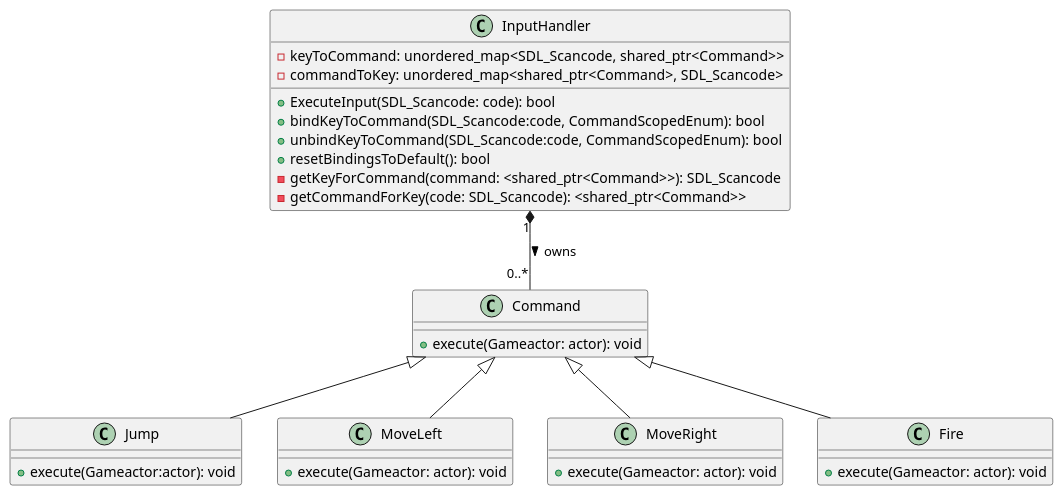
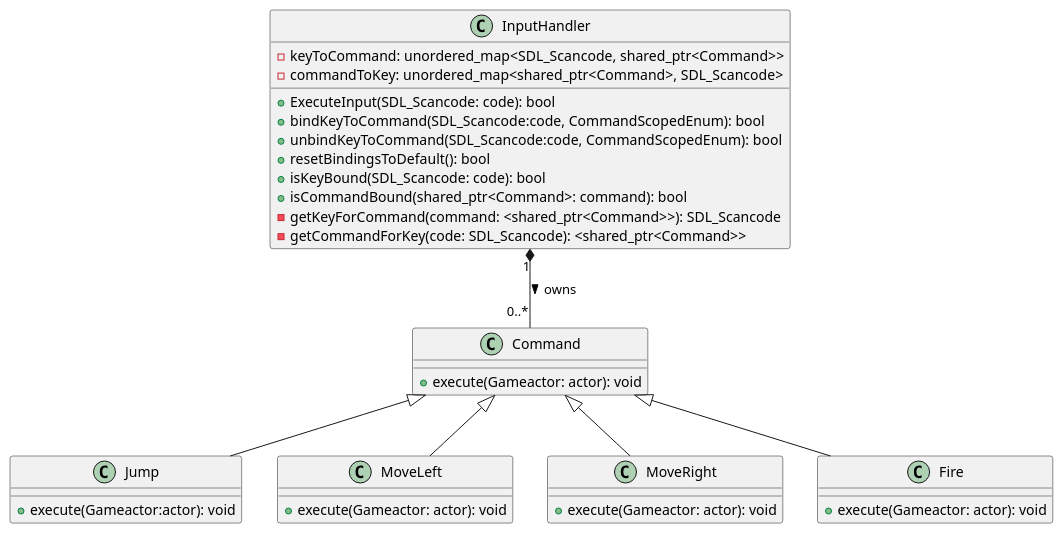
Before and after one commit to SunCh1p/TerrariaClone: the diagram in diagrams/class_diagrams/input.puml, drawn with PlantUML. The commit also changed 4 other files, not shown here.

```diff
--- a/diagrams/class_diagrams/input.puml
+++ b/diagrams/class_diagrams/input.puml
@@ -1,49 +1,51 @@
 @startuml inputSystem
 
 class Command{
   +execute(Gameactor: actor): void
 }
 
 class Jump{
   +execute(Gameactor:actor): void
 }
 
 class MoveLeft{
   +execute(Gameactor: actor): void
 } 
 
 class MoveRight{
   +execute(Gameactor: actor): void
 }
 
 class Fire{
   +execute(Gameactor: actor): void
 }
 
 /'
   InputHandler responsibilities:
   associating command with sdl scan code
   associating sdl scan code with commands
   need to bind and unbind sdl scan codes to commands
 '/
 class InputHandler{
   -keyToCommand: unordered_map<SDL_Scancode, shared_ptr<Command>>
   -commandToKey: unordered_map<shared_ptr<Command>, SDL_Scancode>
   +ExecuteInput(SDL_Scancode: code): bool
   +bindKeyToCommand(SDL_Scancode:code, CommandScopedEnum): bool
   +unbindKeyToCommand(SDL_Scancode:code, CommandScopedEnum): bool
   +resetBindingsToDefault(): bool
+  +isKeyBound(SDL_Scancode: code): bool
+  +isCommandBound(shared_ptr<Command>: command): bool
   -getKeyForCommand(command: <shared_ptr<Command>>): SDL_Scancode
   -getCommandForKey(code: SDL_Scancode): <shared_ptr<Command>>
 
 }
 
 
 
 Command <|-- Jump
 Command <|-- MoveLeft
 Command <|-- MoveRight
 Command <|-- Fire
 
 InputHandler "1" *-- "0..*" Command : owns >
 @enduml
```
